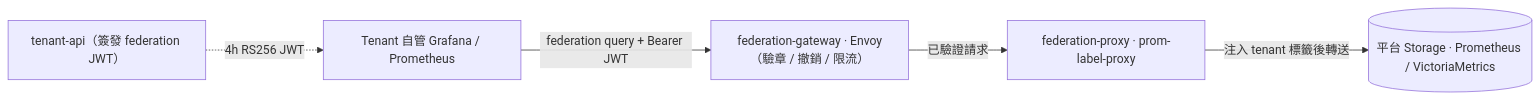
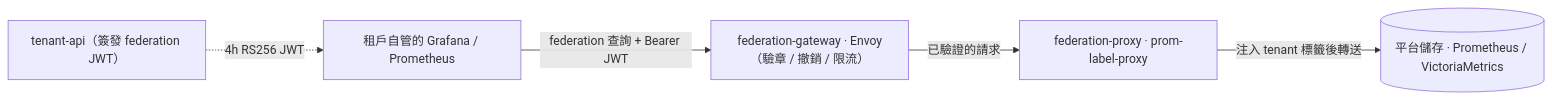
Before and after one commit to vencil/Dynamic-Alerting-Integrations: the diagram in docs/adr/020-tenant-federation.md, drawn with Mermaid. The commit also changed other lines of this file and 115 other files, not shown here.

````diff
--- a/docs/adr/020-tenant-federation.md
+++ b/docs/adr/020-tenant-federation.md
@@ -75,13 +59,13 @@
 ```mermaid
 flowchart LR
     API["tenant-api（簽發 federation JWT）"]
-    G["Tenant 自管 Grafana / Prometheus"]
+    G["租戶自管的 Grafana / Prometheus"]
     GW["federation-gateway · Envoy（驗章 / 撤銷 / 限流）"]
     PX["federation-proxy · prom-label-proxy"]
-    ST[("平台 Storage · Prometheus / VictoriaMetrics")]
+    ST[("平台儲存 · Prometheus / VictoriaMetrics")]
 
     API -. "4h RS256 JWT" .-> G
-    G -- "federation query + Bearer JWT" --> GW
-    GW -- "已驗證請求" --> PX
+    G -- "federation 查詢 + Bearer JWT" --> GW
+    GW -- "已驗證的請求" --> PX
     PX -- "注入 tenant 標籤後轉送" --> ST
 ```
````
